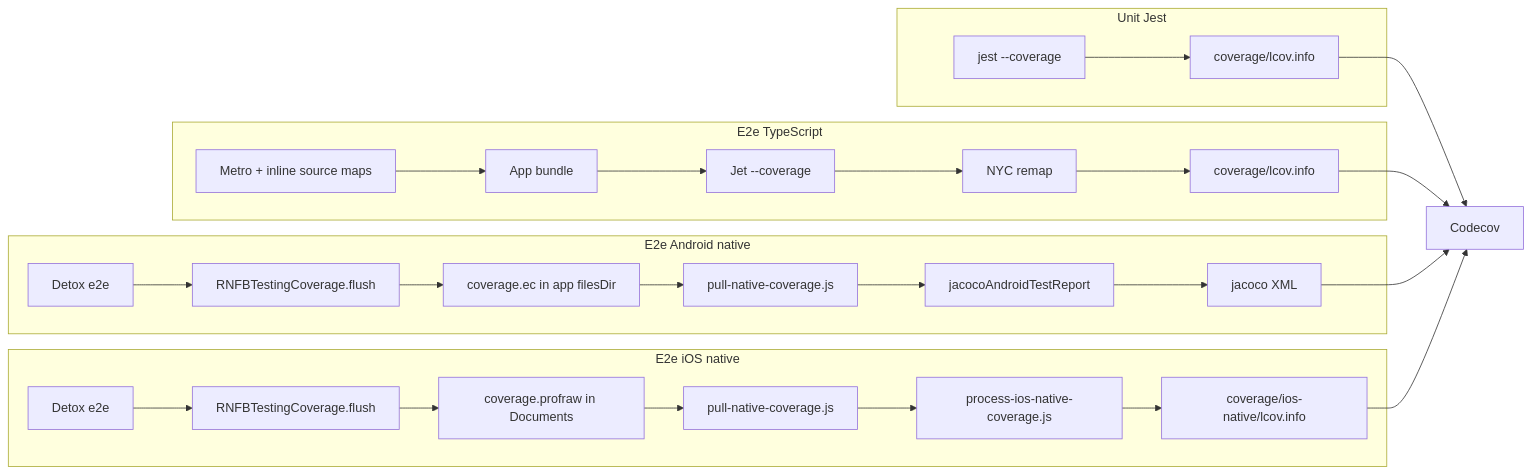
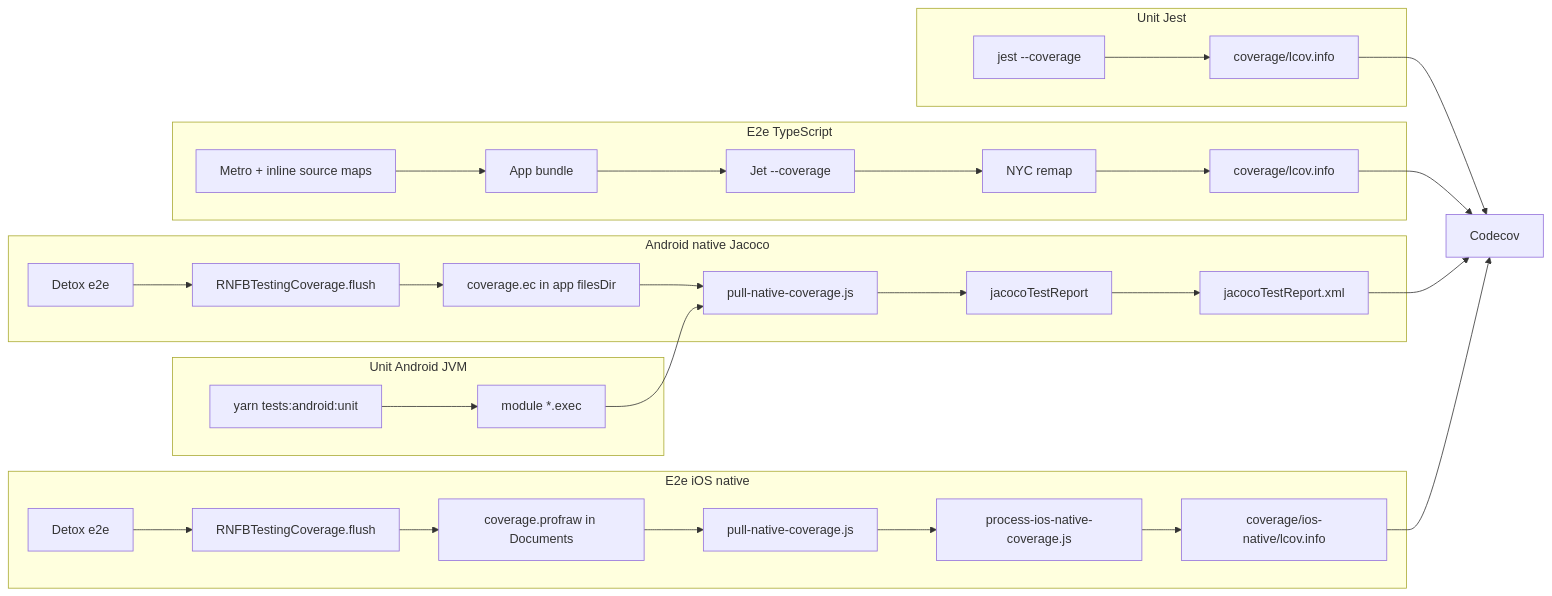
The diagram in okf-bundle/testing/coverage-design.md (invertase/react-native-firebase), drawn with Mermaid before and after one commit. The commit also changed other lines of this file and 16 other files, not shown here.

First line of the commit message:
test(android): add android unit testing capabilities

````diff
--- a/okf-bundle/testing/coverage-design.md
+++ b/okf-bundle/testing/coverage-design.md
@@ -97,30 +102,34 @@
 ```mermaid
 flowchart LR
   subgraph unit [Unit Jest]
     J1[jest --coverage] --> J2[coverage/lcov.info]
+  end
+  subgraph android_jvm [Unit Android JVM]
+    U1[yarn tests:android:unit] --> EXEC["module *.exec"]
   end
   subgraph ts_e2e [E2e TypeScript]
     M[Metro + inline source maps] --> A[App bundle]
     A --> J[Jet --coverage]
     J --> N[NYC remap]
     N --> T2[coverage/lcov.info]
   end
-  subgraph android_native [E2e Android native]
+  subgraph android_native [Android native Jacoco]
     D1[Detox e2e] --> FLA[RNFBTestingCoverage.flush]
     FLA --> EC[coverage.ec in app filesDir]
     EC --> P1[pull-native-coverage.js]
-    P1 --> J1R[jacocoAndroidTestReport]
-    J1R --> AX[jacoco XML]
+    EXEC --> P1
+    P1 --> JTR[jacocoTestReport]
+    JTR --> AX[jacocoTestReport.xml]
   end
   subgraph ios_native [E2e iOS native]
     D2[Detox e2e] --> FLI[RNFBTestingCoverage.flush]
     FLI --> PR[coverage.profraw in Documents]
     PR --> P2[pull-native-coverage.js]
     P2 --> LLVM[process-ios-native-coverage.js]
     LLVM --> I2[coverage/ios-native/lcov.info]
   end
   J2 --> C[Codecov]
   T2 --> C
   AX --> C
   I2 --> C
 ```
````
